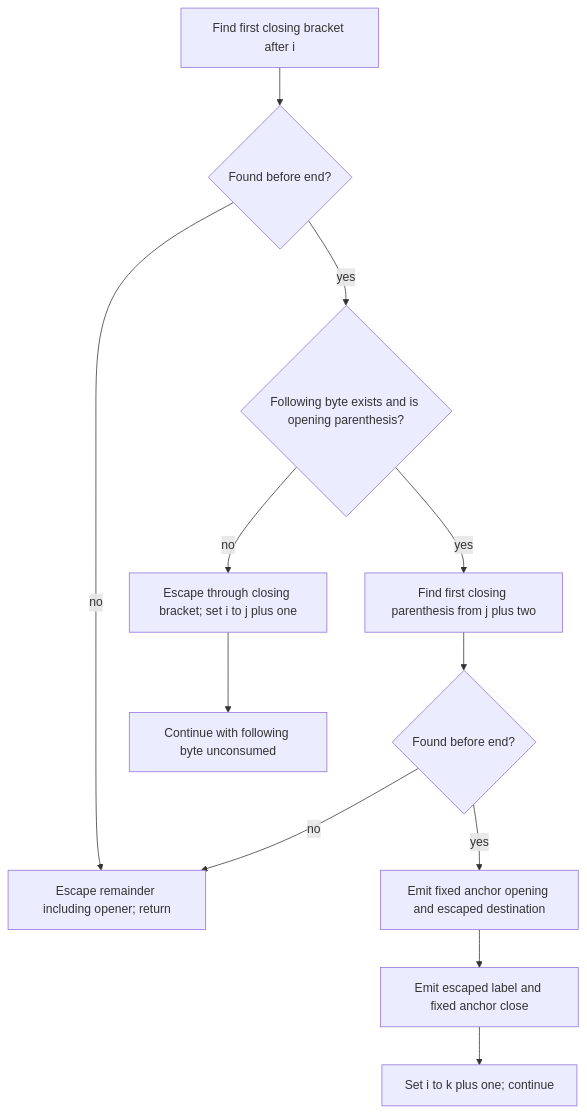
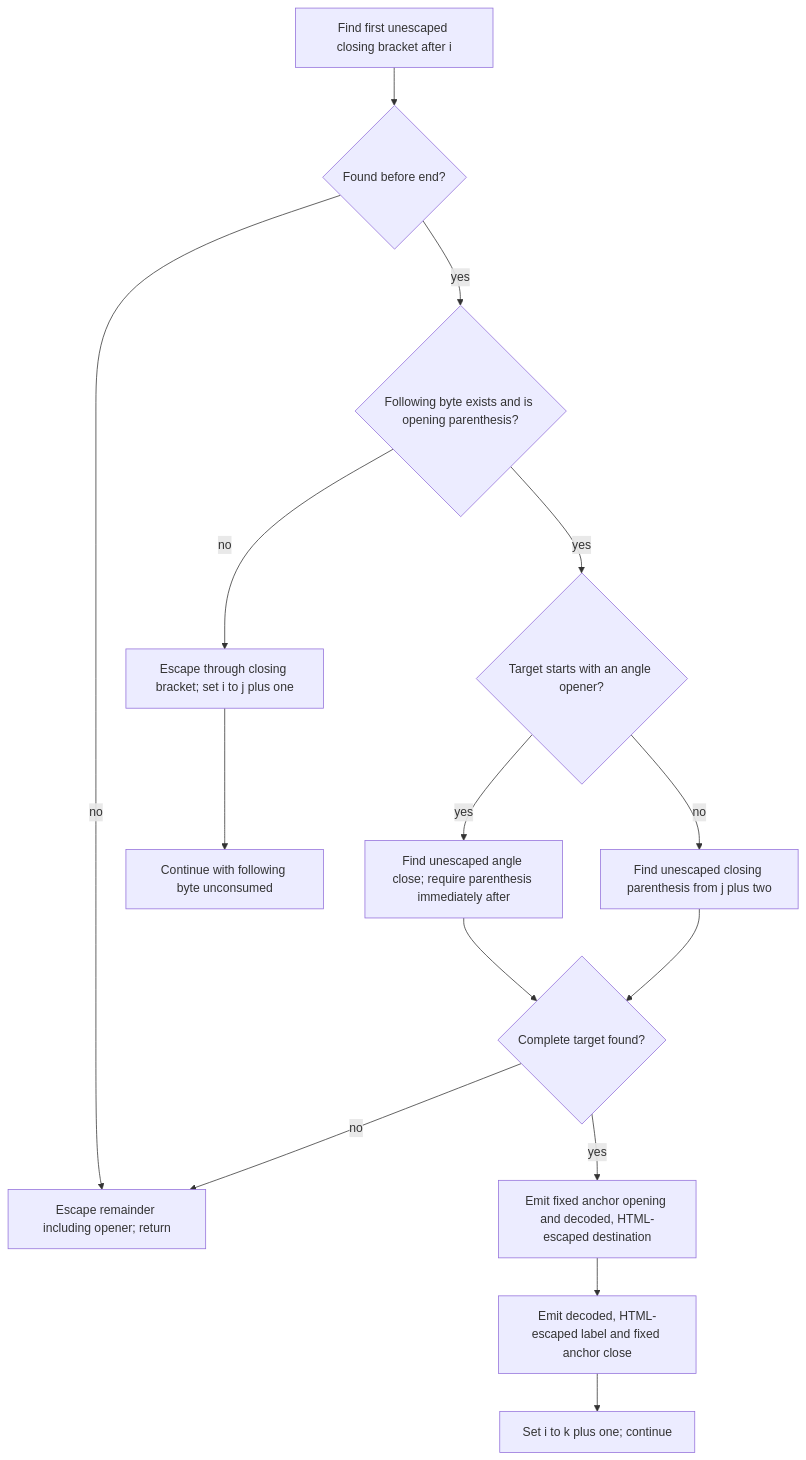
Before and after one commit to macchiato-dev/macchiato: the second of 2 diagrams in dev/microwasm/renderer/03-inline.md, drawn with Mermaid. The commit also changed other lines of this file and 8 other files, not shown here.

Commit message:
Publish OPML reader and render escaped angle-delimited links safely

````diff
--- a/dev/microwasm/renderer/03-inline.md
+++ b/dev/microwasm/renderer/03-inline.md
@@ -64,14 +66,17 @@
 ```mermaid
 flowchart TD
-  A[Find first closing bracket after i] --> B{Found before end?}
+  A[Find first unescaped closing bracket after i] --> B{Found before end?}
   B -- no --> R[Escape remainder including opener; return]
   B -- yes --> C{Following byte exists and is opening parenthesis?}
   C -- no --> F[Escape through closing bracket; set i to j plus one]
-  C -- yes --> D[Find first closing parenthesis from j plus two]
-  D --> E{Found before end?}
+  C -- yes --> D{Target starts with an angle opener?}
+  D -- yes --> DA[Find unescaped angle close; require parenthesis immediately after]
+  D -- no --> DB[Find unescaped closing parenthesis from j plus two]
+  DA --> E{Complete target found?}
+  DB --> E
   E -- no --> R
-  E -- yes --> H[Emit fixed anchor opening and escaped destination]
-  H --> L[Emit escaped label and fixed anchor close]
+  E -- yes --> H[Emit fixed anchor opening and decoded, HTML-escaped destination]
+  H --> L[Emit decoded, HTML-escaped label and fixed anchor close]
   L --> N[Set i to k plus one; continue]
   F --> N2[Continue with following byte unconsumed]
 ```
````
